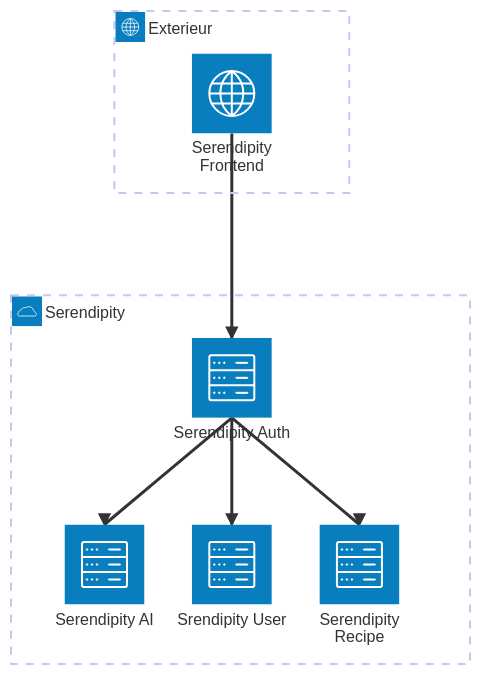
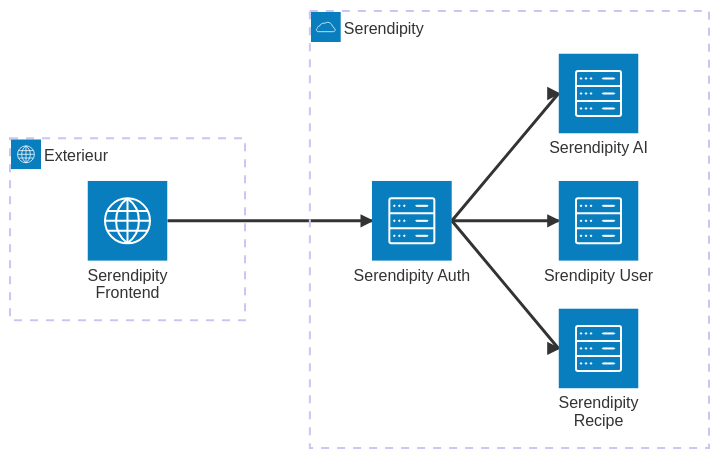
The diagram in README.md (Serendipity-Insights/.github), drawn with Mermaid before and after one commit.

Commit message:
Update service connections and alignment in README

````diff
--- a/README.md
+++ b/README.md
@@ -3,19 +3,19 @@
 ```mermaid
 architecture-beta
     group serendipity(cloud)[Serendipity]
     group extern(internet)[Exterieur]
 
     service sfrontend(internet)[Serendipity Frontend] in extern
     service suser(server)[Srendipity User] in serendipity
     service srecipe(server)[Serendipity Recipe] in serendipity
     service sai(server)[Serendipity AI] in serendipity
     service sauth(server)[Serendipity Auth] in serendipity
 
-    sfrontend:B --> T:sauth
-    sauth:B --> T:suser
-    sauth:B --> T:sai
-    sauth:B --> T:srecipe
+    sfrontend:R --> L:sauth
+    sauth:R --> L:suser
+    sauth:R --> L:sai
+    sauth:R --> L:srecipe
 
-    align row sai suser srecipe
-    align column sfrontend sauth suser
+    align column sai suser srecipe
+    align row sfrontend sauth suser
 ```
````
